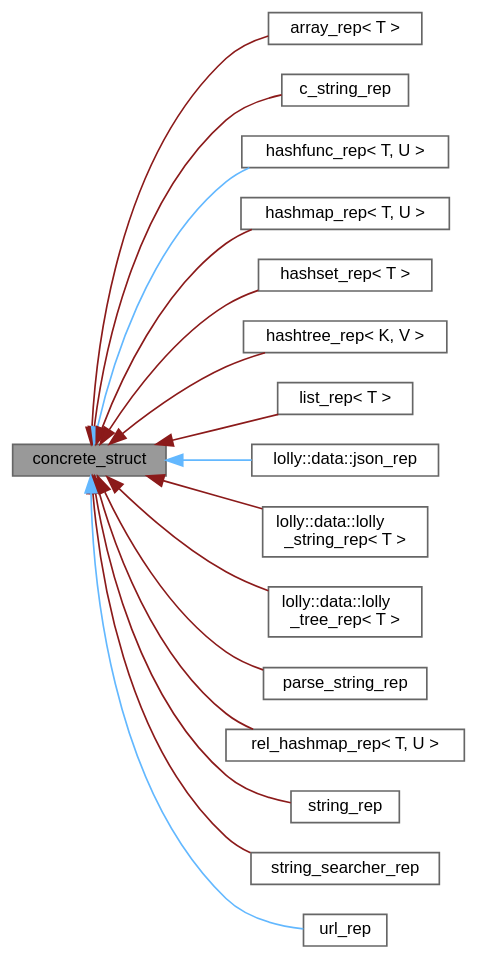
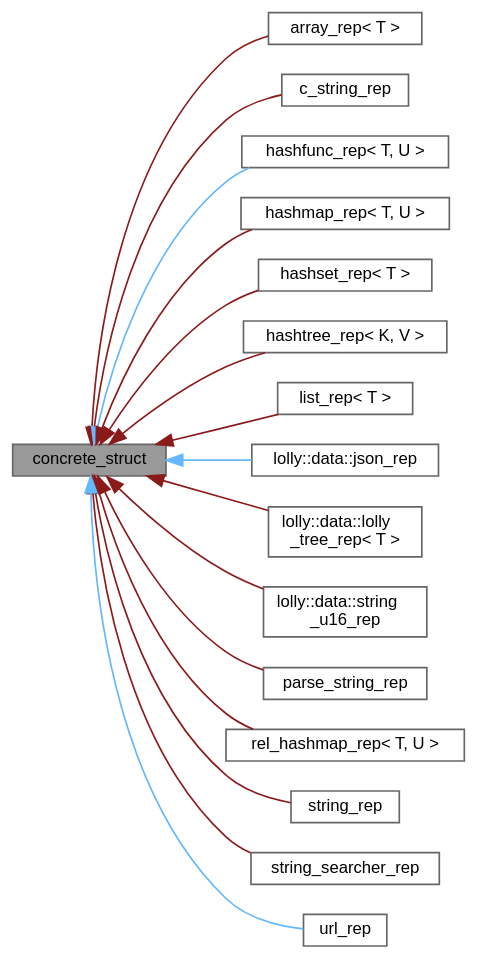
The diagram in structconcrete__struct__inherit__graph.dot (XmacsLabs/lolly), drawn with Graphviz before and after one commit. The commit also changed 922 other files, not shown here.

```diff
--- a/structconcrete__struct__inherit__graph.dot
+++ b/structconcrete__struct__inherit__graph.dot
@@ -1,39 +1,39 @@
 digraph "concrete_struct"
 {
  // LATEX_PDF_SIZE
   bgcolor="transparent";
   edge [fontname=Helvetica,fontsize=10,labelfontname=Helvetica,labelfontsize=10];
   node [fontname=Helvetica,fontsize=10,shape=box,height=0.2,width=0.4];
   rankdir="LR";
   Node1 [id="Node000001",label="concrete_struct",height=0.2,width=0.4,color="gray40", fillcolor="grey60", style="filled", fontcolor="black",tooltip="Structure representing a concrete object with a reference count."];
   Node1 -> Node2 [id="edge1_Node000001_Node000002",dir="back",color="firebrick4",style="solid",tooltip=" "];
   Node2 [id="Node000002",label="array_rep\< T \>",height=0.2,width=0.4,color="gray40", fillcolor="white", style="filled",URL="$classarray__rep.html",tooltip="A concrete struct representing the implementation of an array."];
   Node1 -> Node3 [id="edge2_Node000001_Node000003",dir="back",color="firebrick4",style="solid",tooltip=" "];
   Node3 [id="Node000003",label="c_string_rep",height=0.2,width=0.4,color="gray40", fillcolor="white", style="filled",URL="$classc__string__rep.html",tooltip=" "];
   Node1 -> Node4 [id="edge3_Node000001_Node000004",dir="back",color="steelblue1",style="solid",tooltip=" "];
   Node4 [id="Node000004",label="hashfunc_rep\< T, U \>",height=0.2,width=0.4,color="gray40", fillcolor="white", style="filled",URL="$classhashfunc__rep.html",tooltip="A concrete implementation of a hash function for a given type."];
   Node1 -> Node5 [id="edge4_Node000001_Node000005",dir="back",color="firebrick4",style="solid",tooltip=" "];
   Node5 [id="Node000005",label="hashmap_rep\< T, U \>",height=0.2,width=0.4,color="gray40", fillcolor="white", style="filled",URL="$classhashmap__rep.html",tooltip=" "];
   Node1 -> Node6 [id="edge5_Node000001_Node000006",dir="back",color="firebrick4",style="solid",tooltip=" "];
   Node6 [id="Node000006",label="hashset_rep\< T \>",height=0.2,width=0.4,color="gray40", fillcolor="white", style="filled",URL="$classhashset__rep.html",tooltip="The hashset_rep class represents an entry in a hash set."];
   Node1 -> Node7 [id="edge6_Node000001_Node000007",dir="back",color="firebrick4",style="solid",tooltip=" "];
   Node7 [id="Node000007",label="hashtree_rep\< K, V \>",height=0.2,width=0.4,color="gray40", fillcolor="white", style="filled",URL="$classhashtree__rep.html",tooltip=" "];
   Node1 -> Node8 [id="edge7_Node000001_Node000008",dir="back",color="firebrick4",style="solid",tooltip=" "];
   Node8 [id="Node000008",label="list_rep\< T \>",height=0.2,width=0.4,color="gray40", fillcolor="white", style="filled",URL="$classlist__rep.html",tooltip="The list_rep class represents a node in a linked list."];
   Node1 -> Node9 [id="edge8_Node000001_Node000009",dir="back",color="steelblue1",style="solid",tooltip=" "];
   Node9 [id="Node000009",label="lolly::data::json_rep",height=0.2,width=0.4,color="gray40", fillcolor="white", style="filled",URL="$structlolly_1_1data_1_1json__rep.html",tooltip=" "];
   Node1 -> Node10 [id="edge9_Node000001_Node000010",dir="back",color="firebrick4",style="solid",tooltip=" "];
-  Node10 [id="Node000010",label="lolly::data::lolly\l_string_rep\< T \>",height=0.2,width=0.4,color="gray40", fillcolor="white", style="filled",URL="$classlolly_1_1data_1_1lolly__string__rep.html",tooltip=" "];
+  Node10 [id="Node000010",label="lolly::data::lolly\l_tree_rep\< T \>",height=0.2,width=0.4,color="gray40", fillcolor="white", style="filled",URL="$classlolly_1_1data_1_1lolly__tree__rep.html",tooltip=" "];
   Node1 -> Node11 [id="edge10_Node000001_Node000011",dir="back",color="firebrick4",style="solid",tooltip=" "];
-  Node11 [id="Node000011",label="lolly::data::lolly\l_tree_rep\< T \>",height=0.2,width=0.4,color="gray40", fillcolor="white", style="filled",URL="$classlolly_1_1data_1_1lolly__tree__rep.html",tooltip=" "];
+  Node11 [id="Node000011",label="lolly::data::string\l_u16_rep",height=0.2,width=0.4,color="gray40", fillcolor="white", style="filled",URL="$classlolly_1_1data_1_1string__u16__rep.html",tooltip=" "];
   Node1 -> Node12 [id="edge11_Node000001_Node000012",dir="back",color="firebrick4",style="solid",tooltip=" "];
   Node12 [id="Node000012",label="parse_string_rep",height=0.2,width=0.4,color="gray40", fillcolor="white", style="filled",URL="$classparse__string__rep.html",tooltip=" "];
   Node1 -> Node13 [id="edge12_Node000001_Node000013",dir="back",color="firebrick4",style="solid",tooltip=" "];
   Node13 [id="Node000013",label="rel_hashmap_rep\< T, U \>",height=0.2,width=0.4,color="gray40", fillcolor="white", style="filled",URL="$classrel__hashmap__rep.html",tooltip=" "];
   Node1 -> Node14 [id="edge13_Node000001_Node000014",dir="back",color="firebrick4",style="solid",tooltip=" "];
   Node14 [id="Node000014",label="string_rep",height=0.2,width=0.4,color="gray40", fillcolor="white", style="filled",URL="$classstring__rep.html",tooltip=" "];
   Node1 -> Node15 [id="edge14_Node000001_Node000015",dir="back",color="firebrick4",style="solid",tooltip=" "];
   Node15 [id="Node000015",label="string_searcher_rep",height=0.2,width=0.4,color="gray40", fillcolor="white", style="filled",URL="$classstring__searcher__rep.html",tooltip=" "];
   Node1 -> Node16 [id="edge15_Node000001_Node000016",dir="back",color="steelblue1",style="solid",tooltip=" "];
   Node16 [id="Node000016",label="url_rep",height=0.2,width=0.4,color="gray40", fillcolor="white", style="filled",URL="$structurl__rep.html",tooltip=" "];
 }
```
